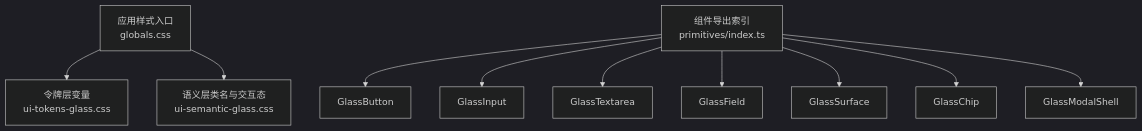
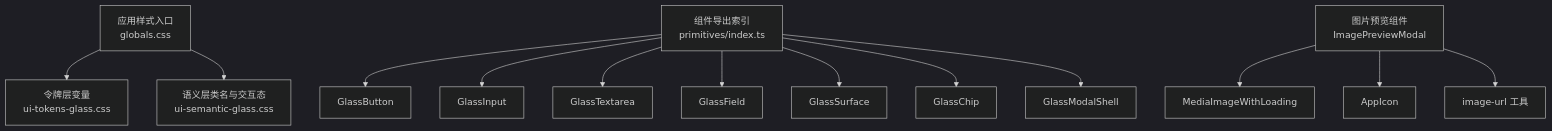
Before and after one commit to lyl2021/waoowaoo: the first of 10 diagrams in .qoder/repowiki/zh/content/前端组件架构/UI组件库/UI组件库.md, drawn with Mermaid (dark theme). The commit also changed other lines of this file and 20 other files, not shown here.

````diff
--- a/.qoder/repowiki/zh/content/前端组件架构/UI组件库/UI组件库.md
+++ b/.qoder/repowiki/zh/content/前端组件架构/UI组件库/UI组件库.md
@@ -37,12 +49,15 @@
 ```mermaid
 graph TB
 A["应用样式入口<br/>globals.css"] --> B["令牌层变量<br/>ui-tokens-glass.css"]
 A --> C["语义层类名与交互态<br/>ui-semantic-glass.css"]
 D["组件导出索引<br/>primitives/index.ts"] --> E["GlassButton"]
 D --> F["GlassInput"]
 D --> G["GlassTextarea"]
 D --> H["GlassField"]
 D --> I["GlassSurface"]
 D --> J["GlassChip"]
 D --> K["GlassModalShell"]
+L["图片预览组件<br/>ImagePreviewModal"] --> M["MediaImageWithLoading"]
+L --> N["AppIcon"]
+L --> O["image-url 工具"]
 ```
````
